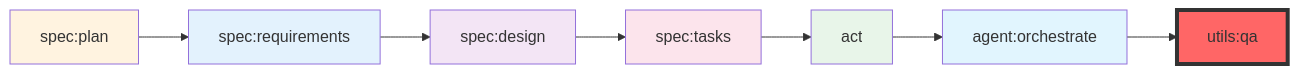
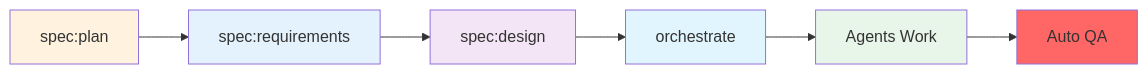
One commit to pocky/vibe-php changed the diagram in .claude/CLAUDE.md. Above: the diagram before and after it, drawn with Mermaid. The commit also changed other lines of this file and 69 other files, not shown here.

````diff
--- a/.claude/CLAUDE.md
+++ b/.claude/CLAUDE.md
@@ -18,17 +11,15 @@
 ```mermaid
 graph LR
     A[spec:plan] --> B[spec:requirements]
     B --> C[spec:design]
-    C --> D[spec:tasks]
-    D --> E[act]
-    E --> F[agent:orchestrate]
-    F --> G[utils:qa]
+    C --> D[orchestrate]
+    D --> E[Agents Work]
+    E --> F[Auto QA]
     
     style A fill:#fff3e0
     style B fill:#e3f2fd
     style C fill:#f3e5f5
-    style D fill:#fce4ec
+    style D fill:#e1f5fe
     style E fill:#e8f5e9
-    style F fill:#e1f5fe
-    style G fill:#ff6666,stroke:#333,stroke-width:4px
+    style F fill:#ff6666
 ```
````
